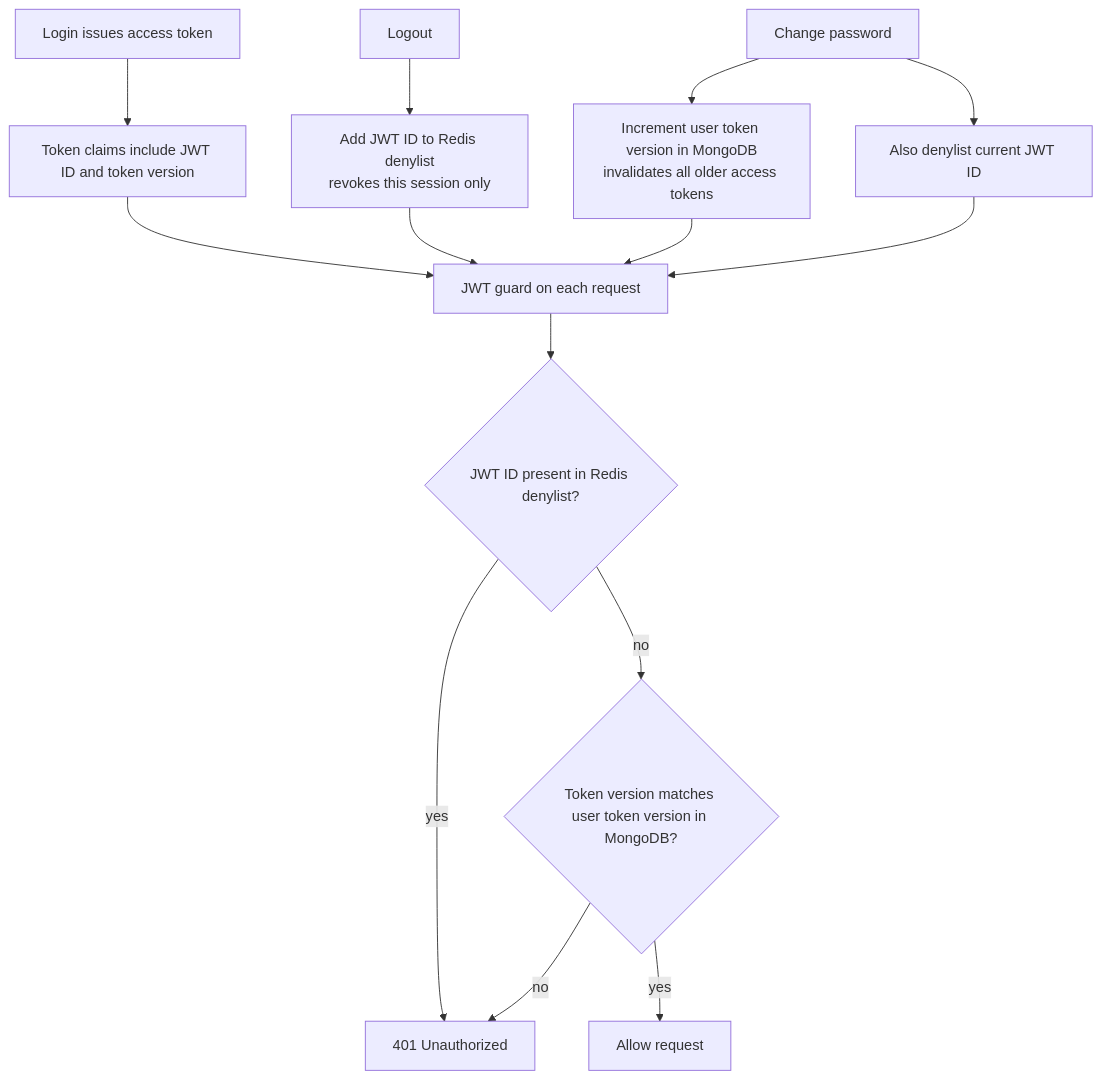
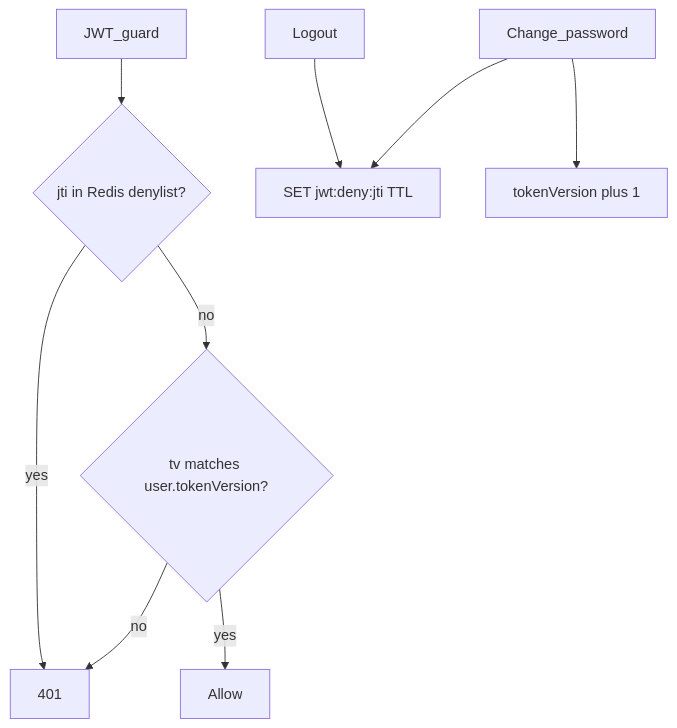
The third of 6 diagrams in README.md (Shivanshsri15/VideoProcessing), drawn with Mermaid before and after one commit. The commit also changed other lines of this file and 1 other file, not shown here.

````diff
--- a/README.md
+++ b/README.md
@@ -312,19 +232,11 @@
 ```mermaid
 flowchart TB
-  Login[Login issues access token] --> Claims["Token claims include JWT ID and token version"]
-  Claims --> Guard[JWT guard on each request]
-
-  Guard --> DenyCheck{"JWT ID present in Redis denylist?"}
-  DenyCheck -->|yes| Reject401[401 Unauthorized]
-  DenyCheck -->|no| VersionCheck{"Token version matches user token version in MongoDB?"}
-  VersionCheck -->|no| Reject401
-  VersionCheck -->|yes| Allow[Allow request]
-
-  Logout[Logout] --> DenyOne["Add JWT ID to Redis denylist\nrevokes this session only"]
-  ChangePw[Change password] --> BumpVersion["Increment user token version in MongoDB\ninvalidates all older access tokens"]
-  ChangePw --> DenyOneAlso["Also denylist current JWT ID"]
-
-  DenyOne --> Guard
-  BumpVersion --> Guard
-  DenyOneAlso --> Guard
+  Guard[JWT_guard] --> Deny{"jti in Redis denylist?"}
+  Deny -->|yes| R401[401]
+  Deny -->|no| TV{"tv matches user.tokenVersion?"}
+  TV -->|no| R401
+  TV -->|yes| OK[Allow]
+  Logout[Logout] --> DenySet["SET jwt:deny:jti TTL"]
+  ChangePw[Change_password] --> Bump["tokenVersion plus 1"]
+  ChangePw --> DenySet
 ```
````
